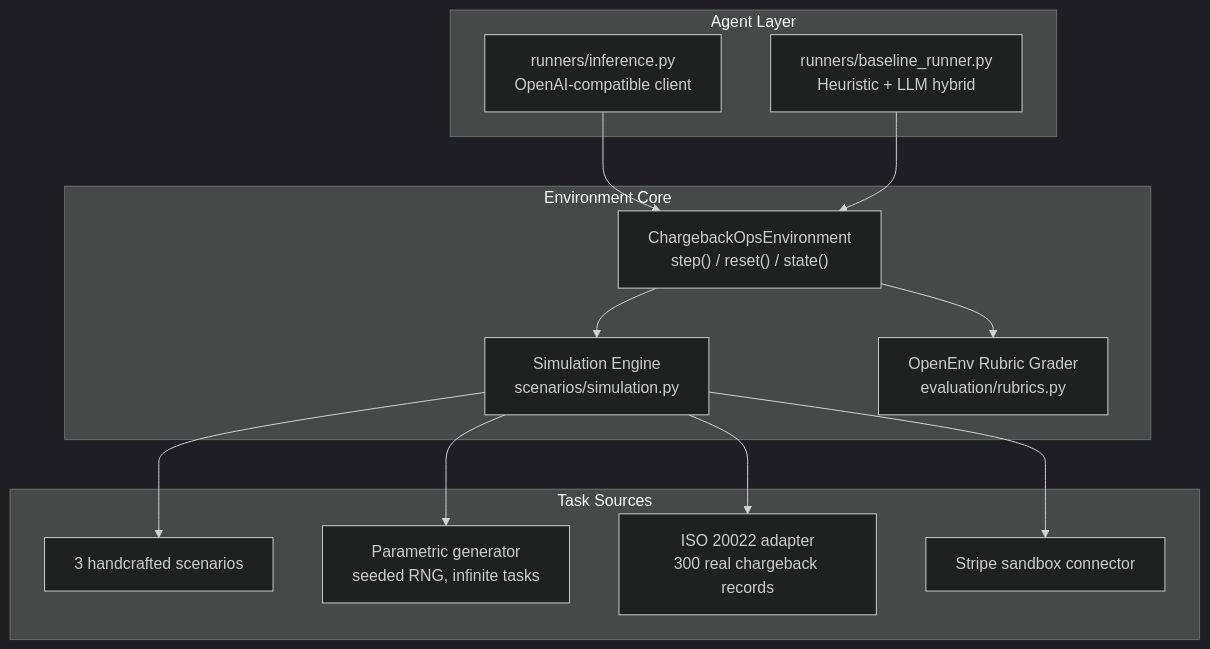
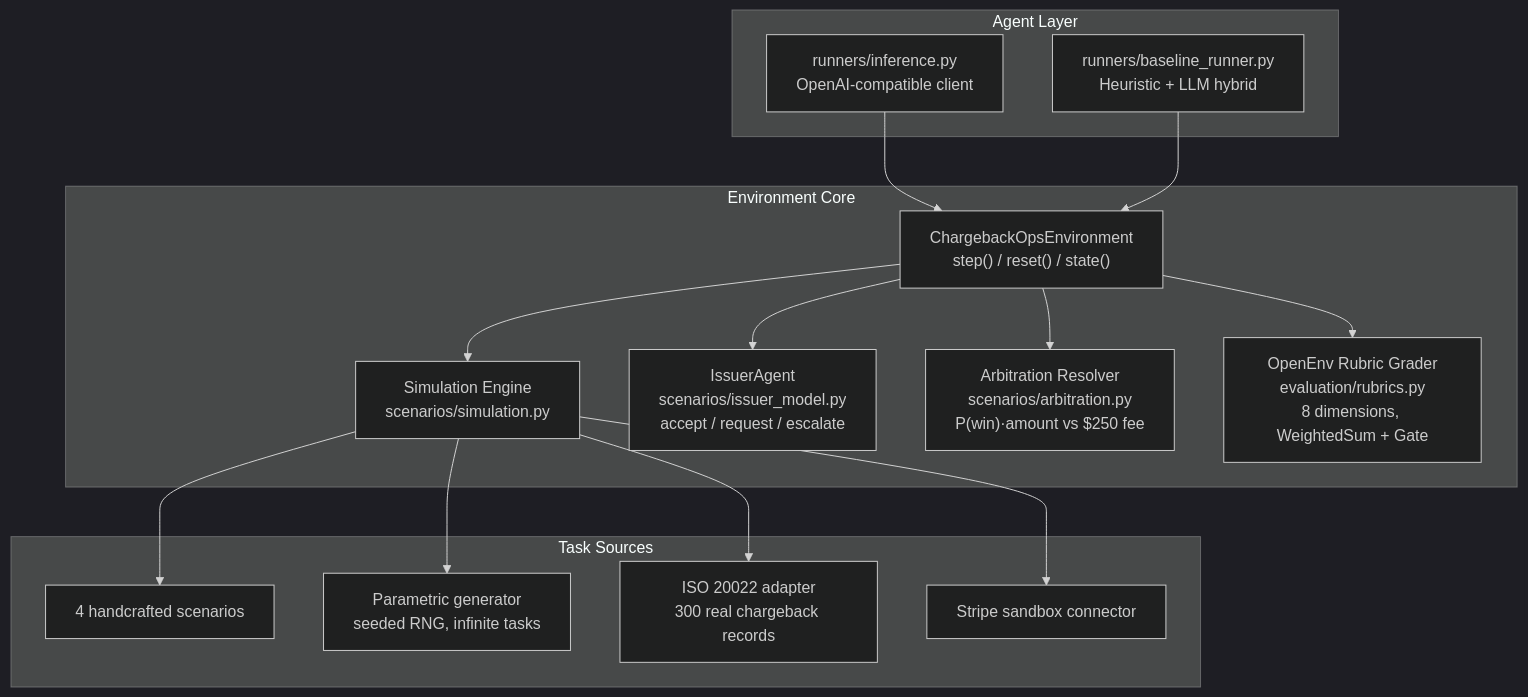
One commit to MitudruDutta/chargebackops changed the first of 3 diagrams in README.md. Above: the diagram before and after it, drawn with Mermaid (dark theme). The commit also changed other lines of this file and 21 other files, not shown here.

````diff
--- a/README.md
+++ b/README.md
@@ -23,29 +23,33 @@
 ```mermaid
 graph TB
     subgraph Agent["Agent Layer"]
         INF["runners/inference.py\nOpenAI-compatible client"]
         BL["runners/baseline_runner.py\nHeuristic + LLM hybrid"]
     end
 
     subgraph Core["Environment Core"]
         ENV["ChargebackOpsEnvironment\nstep() / reset() / state()"]
         SIM["Simulation Engine\nscenarios/simulation.py"]
-        GRD["OpenEnv Rubric Grader\nevaluation/rubrics.py"]
+        ISSUER["IssuerAgent\nscenarios/issuer_model.py\naccept / request / escalate"]
+        ARB["Arbitration Resolver\nscenarios/arbitration.py\nP(win)·amount vs $250 fee"]
+        GRD["OpenEnv Rubric Grader\nevaluation/rubrics.py\n8 dimensions, WeightedSum + Gate"]
     end
 
     subgraph Tasks["Task Sources"]
-        FIXED["3 handcrafted scenarios"]
+        FIXED["4 handcrafted scenarios"]
         GEN["Parametric generator\nseeded RNG, infinite tasks"]
         ISO["ISO 20022 adapter\n300 real chargeback records"]
         STRIPE["Stripe sandbox connector"]
     end
 
     INF --> ENV
     BL --> ENV
     ENV --> SIM
+    ENV --> ISSUER
+    ENV --> ARB
     ENV --> GRD
     SIM --> FIXED
     SIM --> GEN
     SIM --> ISO
     SIM --> STRIPE
 ```
````
